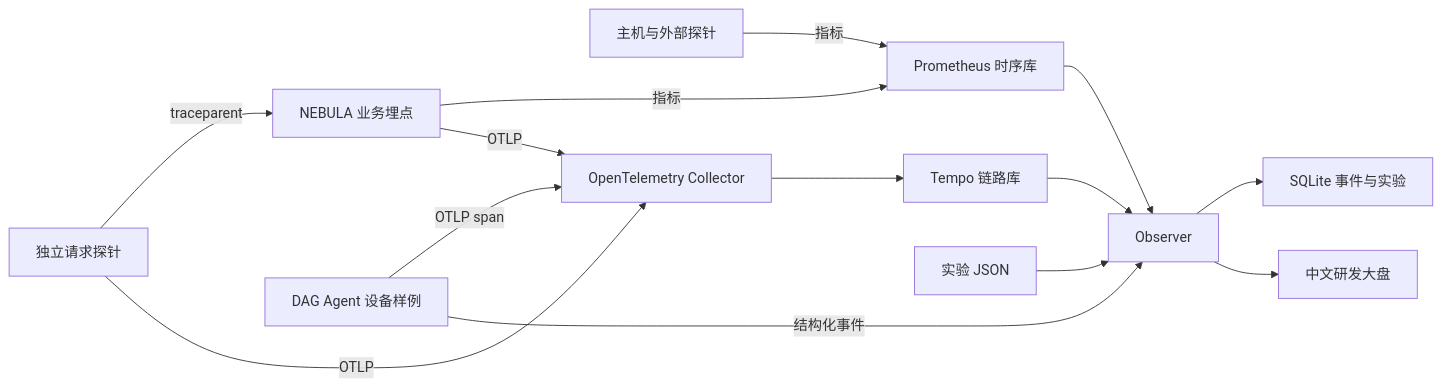
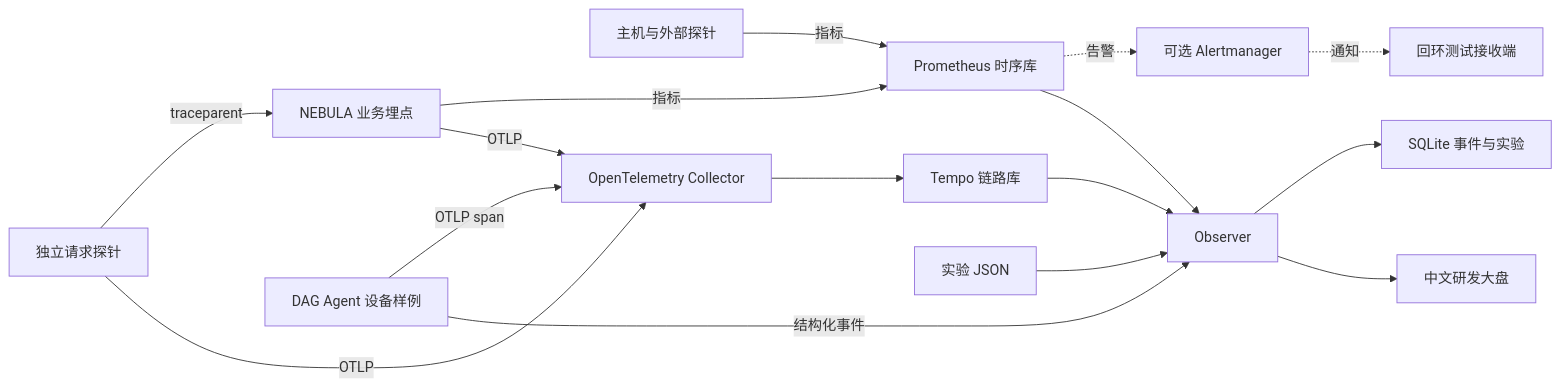
One commit to aurora-deng/web changed the second of 3 diagrams in docs/observability/architecture.md. Above: the diagram before and after it, drawn with Mermaid. The commit also changed other lines of this file and 902 other files, not shown here.

````diff
--- a/docs/observability/architecture.md
+++ b/docs/observability/architecture.md
@@ -3,16 +25,18 @@
 ```mermaid
 flowchart LR
     N[NEBULA 业务埋点] -->|指标| P[Prometheus 时序库]
     R[主机与外部探针] -->|指标| P
     N -->|OTLP| C[OpenTelemetry Collector]
     B[独立请求探针] -->|traceparent| N
     B -->|OTLP| C
     C --> T[Tempo 链路库]
+    P -. 告警 .-> A[可选 Alertmanager]
+    A -. 通知 .-> W[回环测试接收端]
     X[DAG Agent 设备样例] -->|OTLP span| C
     X -->|结构化事件| O[Observer]
     E[实验 JSON] --> O
     O --> S[SQLite 事件与实验]
     P --> O
     T --> O
     O --> U[中文研发大盘]
 ```
````
